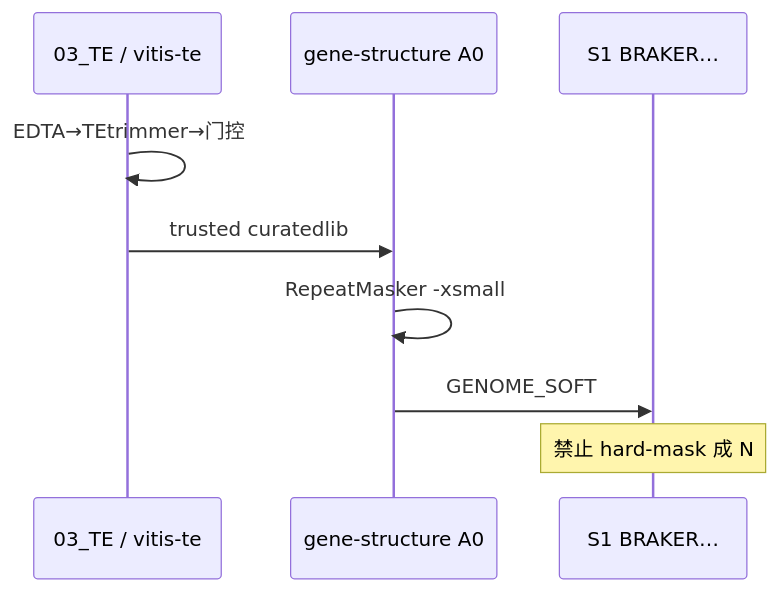
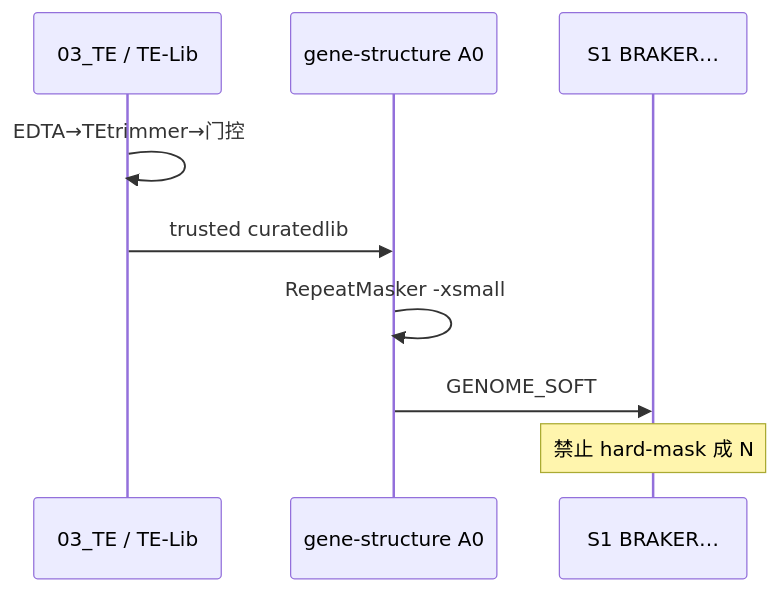
Before and after one commit to Xuzhen-Li/gene-structure-annotation: the third of 3 diagrams in docs/zh/18_TE流程课_借鉴实验室03_TE.md, drawn with Mermaid. The commit also changed other lines of this file and 37 other files, not shown here.

Commit message:
Update links and names that still pointed to vitis-te so they use TE-Lib

````diff
--- a/docs/zh/18_TE流程课_借鉴实验室03_TE.md
+++ b/docs/zh/18_TE流程课_借鉴实验室03_TE.md
@@ -105,11 +105,11 @@
 ```mermaid
 sequenceDiagram
-  participant TE as 03_TE / vitis-te
+  participant TE as 03_TE / TE-Lib
   participant A0 as gene-structure A0
   participant S1 as S1 BRAKER…
   TE->>TE: EDTA→TEtrimmer→门控
   TE->>A0: trusted curatedlib
   A0->>A0: RepeatMasker -xsmall
   A0->>S1: GENOME_SOFT
   Note over S1: 禁止 hard-mask 成 N
 ```
````
